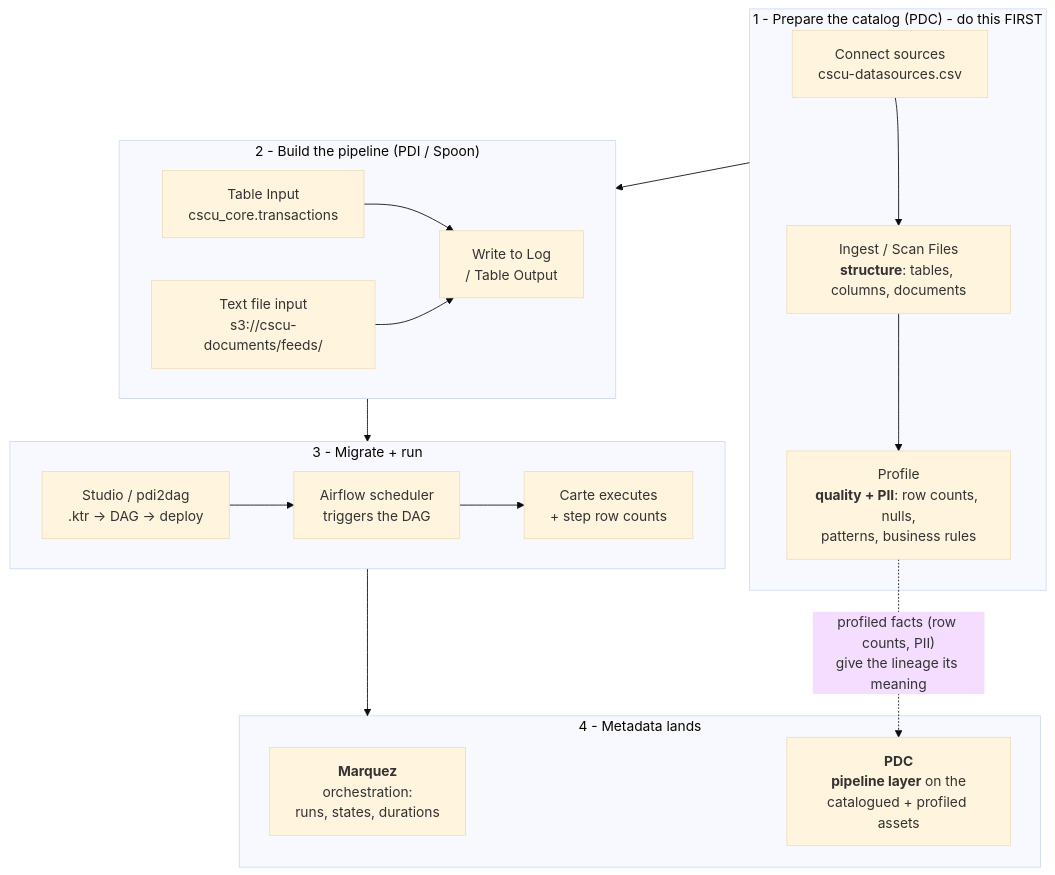
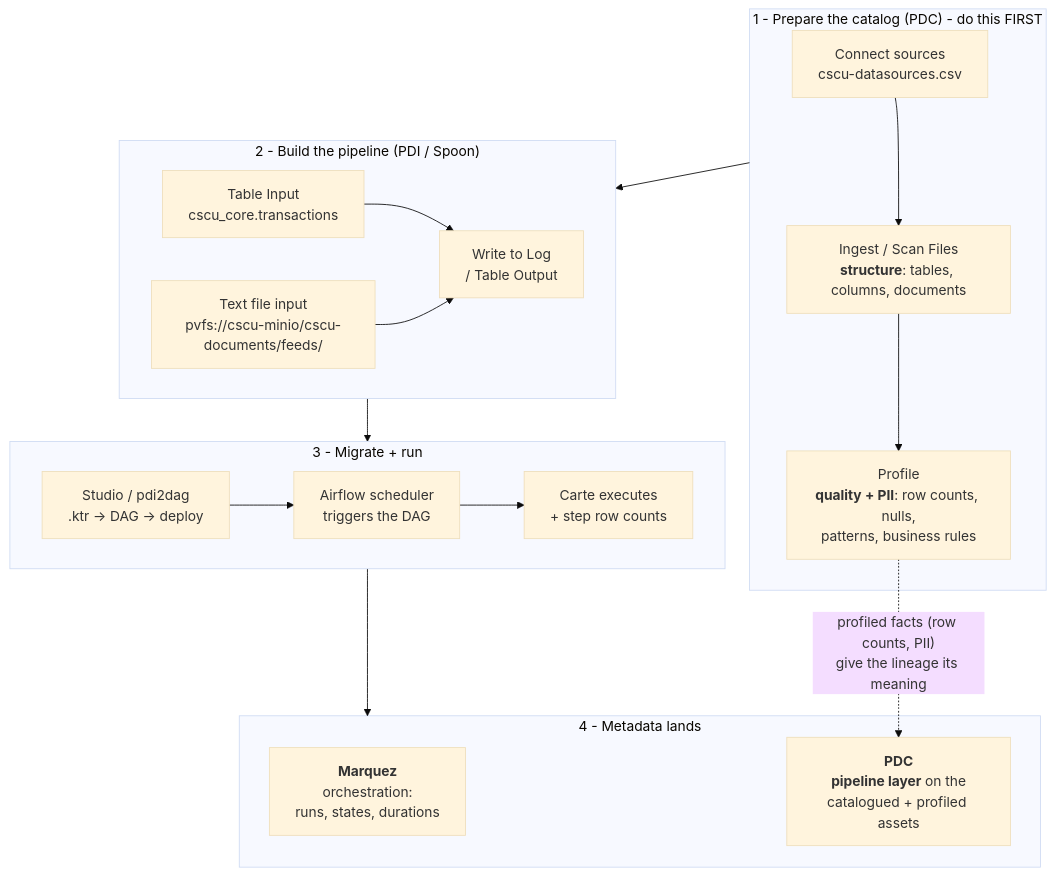
One commit to jporeilly/PDI-Airflow changed the diagram in workshop/CSCU/CSCU-CAPSTONE.md. Above: the diagram before and after it, drawn with Mermaid (base theme). The commit also changed other lines of this file and 8 other files, not shown here.

````diff
--- a/workshop/CSCU/CSCU-CAPSTONE.md
+++ b/workshop/CSCU/CSCU-CAPSTONE.md
@@ -18,32 +18,32 @@
 ```mermaid
 flowchart TD
     subgraph prep["1 - Prepare the catalog (PDC) - do this FIRST"]
         P1["Connect sources<br/>cscu-datasources.csv"]
         P2["Ingest / Scan Files<br/><b>structure</b>: tables, columns, documents"]
         P3["Profile<br/><b>quality + PII</b>: row counts, nulls,<br/>patterns, business rules"]
         P1 --> P2 --> P3
     end
 
     subgraph build["2 - Build the pipeline (PDI / Spoon)"]
         B1["Table Input<br/>cscu_core.transactions"]
-        B2["Text file input<br/>s3://cscu-documents/feeds/"]
+        B2["Text file input<br/>pvfs://cscu-minio/cscu-documents/feeds/"]
         B3["Write to Log<br/>/ Table Output"]
         B1 --> B3
         B2 --> B3
     end
 
     subgraph mig["3 - Migrate + run"]
         M1["Studio / pdi2dag<br/>.ktr -> DAG -> deploy"]
         M2["Airflow scheduler<br/>triggers the DAG"]
         M3["Carte executes<br/>+ step row counts"]
         M1 --> M2 --> M3
     end
 
     subgraph land["4 - Metadata lands"]
         L1["<b>Marquez</b><br/>orchestration:<br/>runs, states, durations"]
         L2["<b>PDC</b><br/><b>pipeline layer</b> on the<br/>catalogued + profiled assets"]
     end
 
     prep --> build --> mig --> land
     P3 -. "profiled facts (row counts, PII)<br/>give the lineage its meaning" .-> L2
 ```
````
